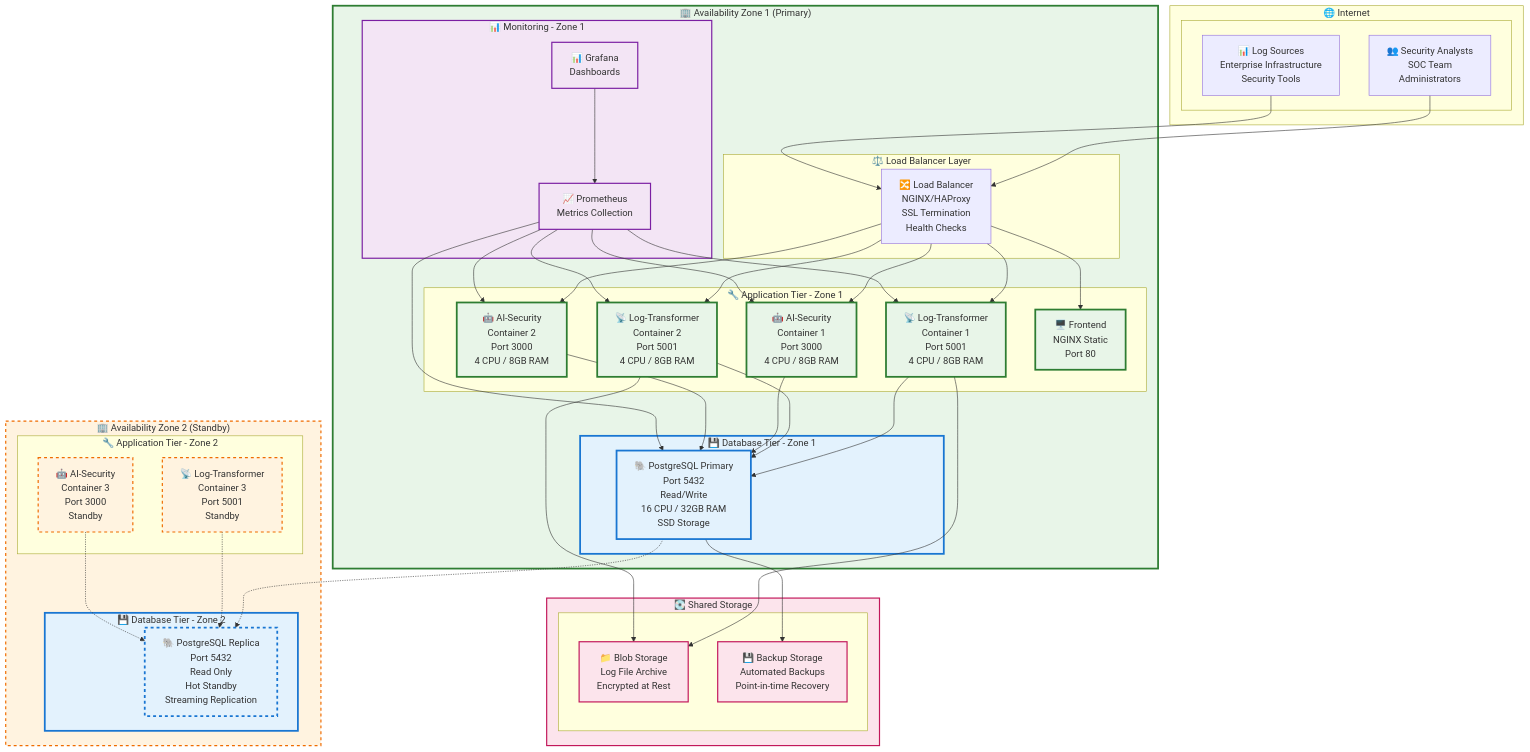
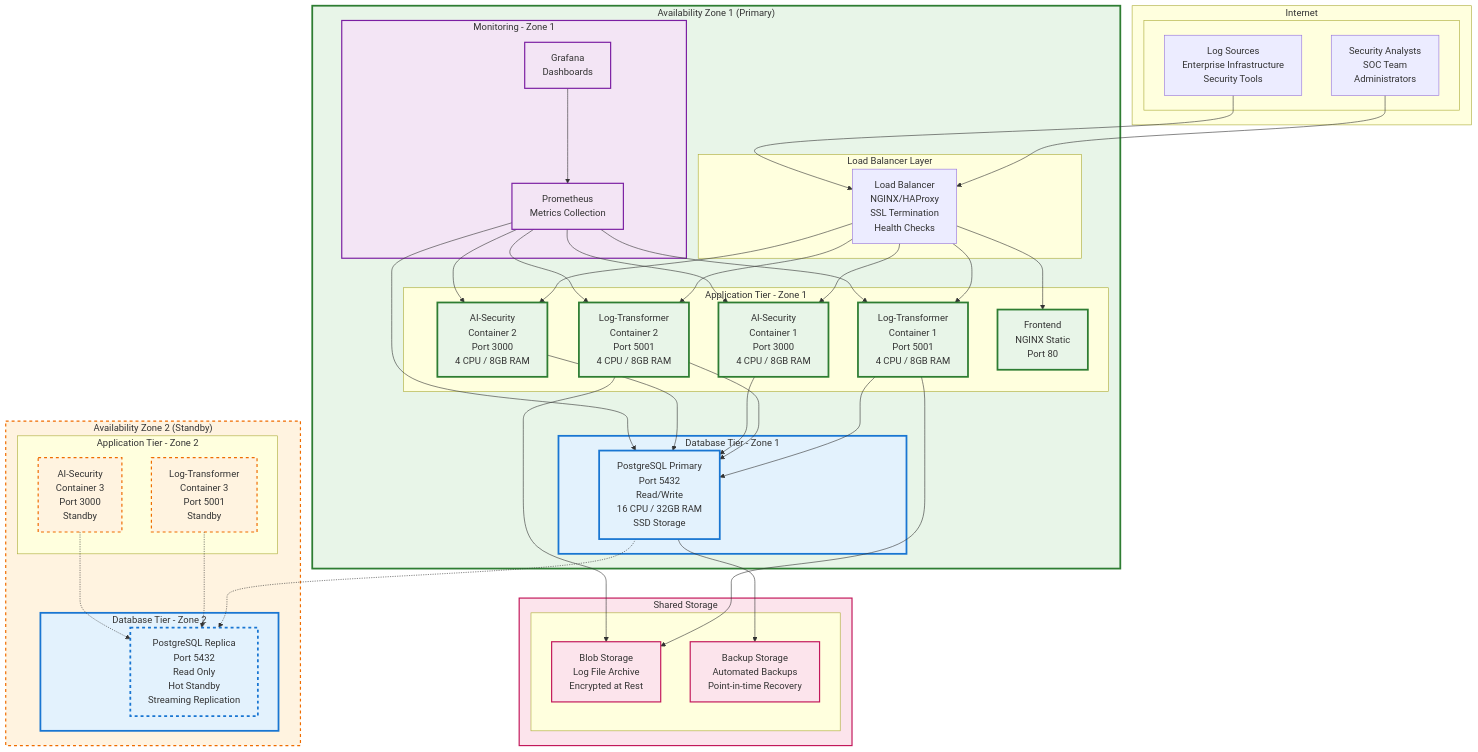
Before and after one commit to Elie-Saliba/security-projects-meta: the second of 4 diagrams in Appendices/ai-security/as-system-architecture-diagram.md, drawn with Mermaid. The commit also changed other lines of this file, not shown here.

````diff
--- a/Appendices/ai-security/as-system-architecture-diagram.md
+++ b/Appendices/ai-security/as-system-architecture-diagram.md
@@ -137,50 +141,50 @@
 ```mermaid
 graph TB
-    subgraph Internet["🌐 Internet"]
+    subgraph Internet["Internet"]
         subgraph InternetSub[" "]
-        USERS[👥 Security Analysts<br/>SOC Team<br/>Administrators]
-        LOGSRC[📊 Log Sources<br/>Enterprise Infrastructure<br/>Security Tools]
+        USERS[Security Analysts<br/>SOC Team<br/>Administrators]
+        LOGSRC[Log Sources<br/>Enterprise Infrastructure<br/>Security Tools]
         end
     end
     
-    subgraph AZ1["🏢 Availability Zone 1 (Primary)"]
-        subgraph LB1["⚖️ Load Balancer Layer"]
-            LB_Main[🔀 Load Balancer<br/>NGINX/HAProxy<br/>SSL Termination<br/>Health Checks]
+    subgraph AZ1["Availability Zone 1 (Primary)"]
+        subgraph LB1["Load Balancer Layer"]
+            LB_Main[Load Balancer<br/>NGINX/HAProxy<br/>SSL Termination<br/>Health Checks]
         end
         
-        subgraph AppTier1["🔧 Application Tier - Zone 1"]
-            LT1[📡 Log-Transformer<br/>Container 1<br/>Port 5001<br/>4 CPU / 8GB RAM]
-            LT2[📡 Log-Transformer<br/>Container 2<br/>Port 5001<br/>4 CPU / 8GB RAM]
-            AS1[🤖 AI-Security<br/>Container 1<br/>Port 3000<br/>4 CPU / 8GB RAM]
-            AS2[🤖 AI-Security<br/>Container 2<br/>Port 3000<br/>4 CPU / 8GB RAM]
-            FE1[🖥️ Frontend<br/>NGINX Static<br/>Port 80]
+        subgraph AppTier1["Application Tier - Zone 1"]
+            LT1[Log-Transformer<br/>Container 1<br/>Port 5001<br/>4 CPU / 8GB RAM]
+            LT2[Log-Transformer<br/>Container 2<br/>Port 5001<br/>4 CPU / 8GB RAM]
+            AS1[AI-Security<br/>Container 1<br/>Port 3000<br/>4 CPU / 8GB RAM]
+            AS2[AI-Security<br/>Container 2<br/>Port 3000<br/>4 CPU / 8GB RAM]
+            FE1[Frontend<br/>NGINX Static<br/>Port 80]
         end
         
-        subgraph DBTier1["💾 Database Tier - Zone 1"]
-            PG_Primary[🐘 PostgreSQL Primary<br/>Port 5432<br/>Read/Write<br/>16 CPU / 32GB RAM<br/>SSD Storage]
+        subgraph DBTier1["Database Tier - Zone 1"]
+            PG_Primary[PostgreSQL Primary<br/>Port 5432<br/>Read/Write<br/>16 CPU / 32GB RAM<br/>SSD Storage]
         end
         
-        subgraph Monitor1["📊 Monitoring - Zone 1"]
-            PROM1[📈 Prometheus<br/>Metrics Collection]
-            GRAF1[📊 Grafana<br/>Dashboards]
+        subgraph Monitor1["Monitoring - Zone 1"]
+            PROM1[Prometheus<br/>Metrics Collection]
+            GRAF1[Grafana<br/>Dashboards]
         end
     end
     
-    subgraph AZ2["🏢 Availability Zone 2 (Standby)"]
-        subgraph AppTier2["🔧 Application Tier - Zone 2"]
-            LT3[📡 Log-Transformer<br/>Container 3<br/>Port 5001<br/>Standby]
-            AS3[🤖 AI-Security<br/>Container 3<br/>Port 3000<br/>Standby]
+    subgraph AZ2["Availability Zone 2 (Standby)"]
+        subgraph AppTier2["Application Tier - Zone 2"]
+            LT3[Log-Transformer<br/>Container 3<br/>Port 5001<br/>Standby]
+            AS3[AI-Security<br/>Container 3<br/>Port 3000<br/>Standby]
         end
         
-        subgraph DBTier2["💾 Database Tier - Zone 2"]
-            PG_Replica[🐘 PostgreSQL Replica<br/>Port 5432<br/>Read Only<br/>Hot Standby<br/>Streaming Replication]
+        subgraph DBTier2["Database Tier - Zone 2"]
+            PG_Replica[PostgreSQL Replica<br/>Port 5432<br/>Read Only<br/>Hot Standby<br/>Streaming Replication]
         end
     end
     
-    subgraph Storage["💽 Shared Storage"]
+    subgraph Storage["Shared Storage"]
         subgraph StorageSub[" "]
-        BLOB[📁 Blob Storage<br/>Log File Archive<br/>Encrypted at Rest]
-        BACKUP[💾 Backup Storage<br/>Automated Backups<br/>Point-in-time Recovery]
+        BLOB[Blob Storage<br/>Log File Archive<br/>Encrypted at Rest]
+        BACKUP[Backup Storage<br/>Automated Backups<br/>Point-in-time Recovery]
         end
     end
     
````
